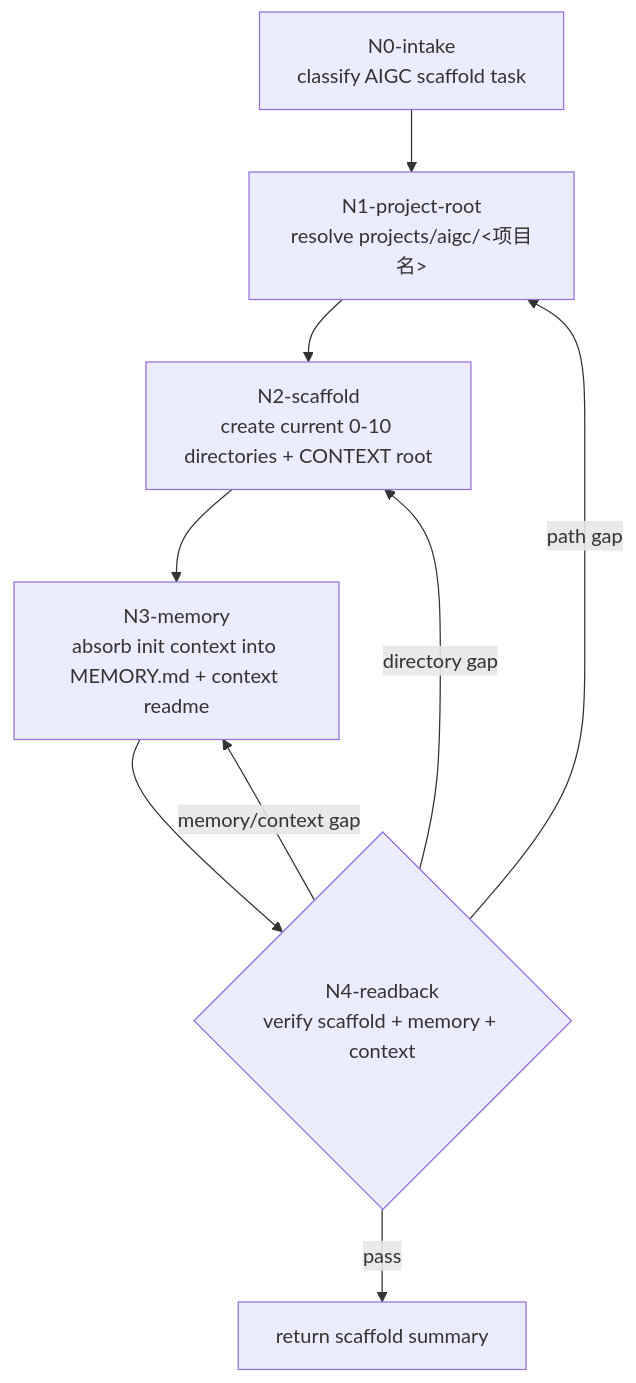
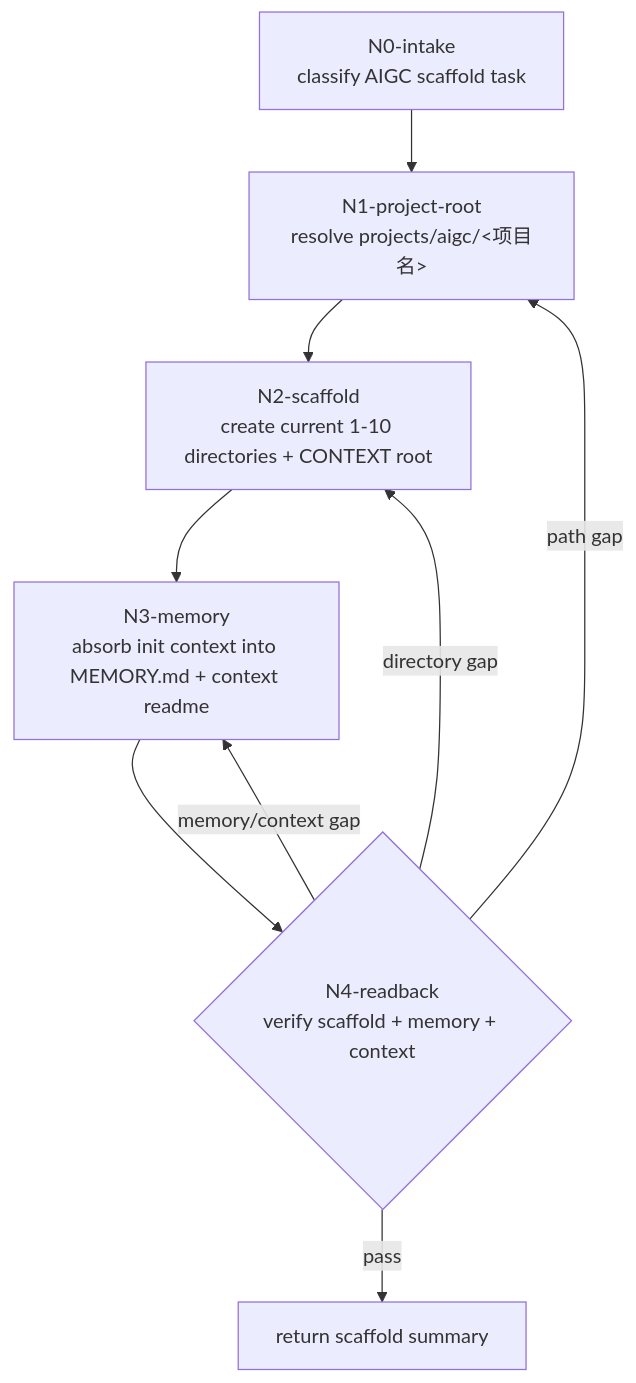
One commit to ZEN-VOID/AI-CUT changed the diagram in .agents/skills/aigc/0-初始化/steps/init-workflow.md. Above: the diagram before and after it, drawn with Mermaid. The commit also changed other lines of this file and 83 other files, not shown here.

````diff
--- a/.agents/skills/aigc/0-初始化/steps/init-workflow.md
+++ b/.agents/skills/aigc/0-初始化/steps/init-workflow.md
@@ -15,11 +15,11 @@
 ```mermaid
 flowchart TD
     N0["N0-intake<br/>classify AIGC scaffold task"] --> N1["N1-project-root<br/>resolve projects/aigc/<项目名>"]
-    N1 --> N2["N2-scaffold<br/>create current 0-10 directories + CONTEXT root"]
+    N1 --> N2["N2-scaffold<br/>create current 1-10 directories + CONTEXT root"]
     N2 --> N3["N3-memory<br/>absorb init context into MEMORY.md + context readme"]
     N3 --> N4{"N4-readback<br/>verify scaffold + memory + context"}
     N4 -->|"pass"| W["return scaffold summary"]
     N4 -->|"path gap"| N1
     N4 -->|"directory gap"| N2
     N4 -->|"memory/context gap"| N3
 ```
````
